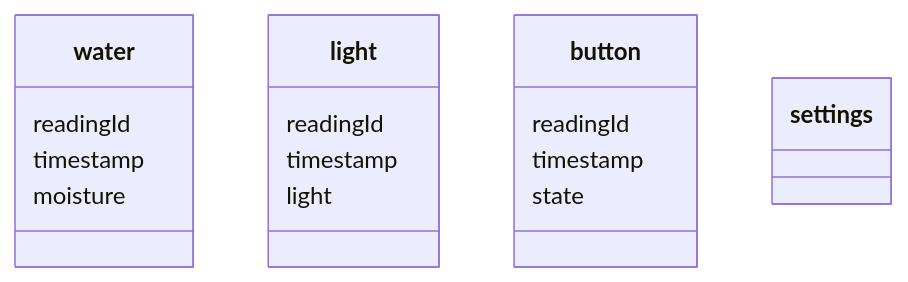
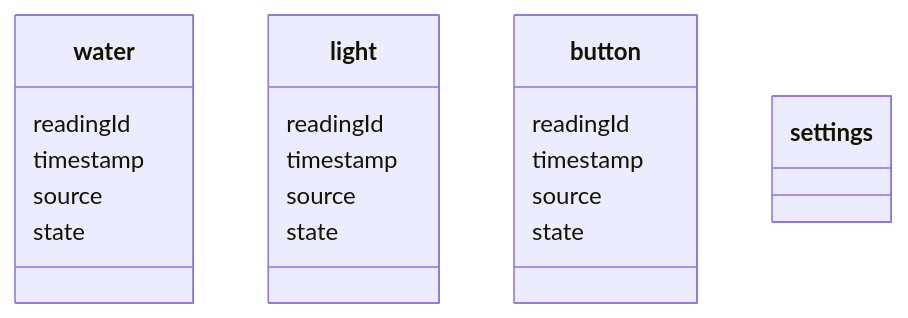
The third of 3 diagrams in README.md (jag3rm3ist3r/GroupAssignment), drawn with Mermaid before and after one commit. The commit also changed 2 other files, not shown here.

Commit message:
On message initial implementation.

````diff
--- a/README.md
+++ b/README.md
@@ -88,19 +88,22 @@
 ```mermaid
 classDiagram
 class water {
     readingId
     timestamp
-    moisture
+    source
+    state
 }
 class light {
     readingId
     timestamp
-    light
+    source
+    state
 }
 class button {
     readingId
     timestamp
+    source
     state
 }
 class settings
 ```
````
